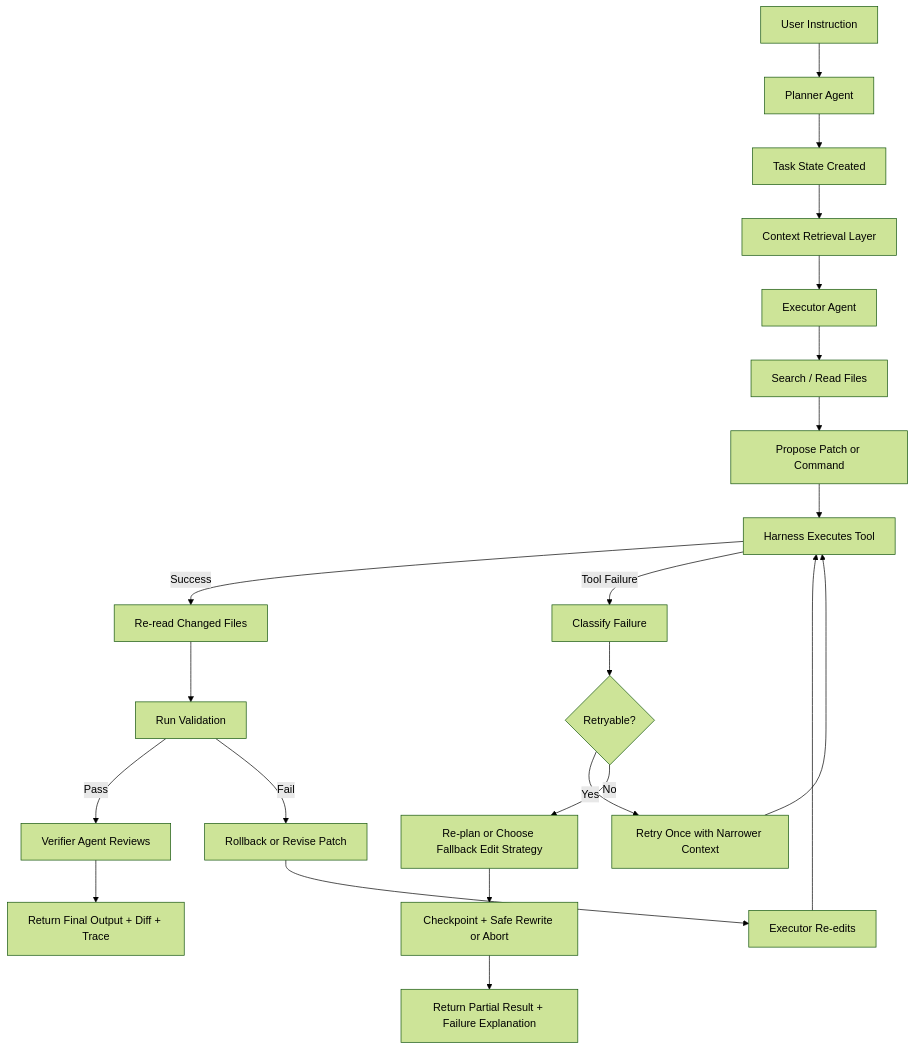
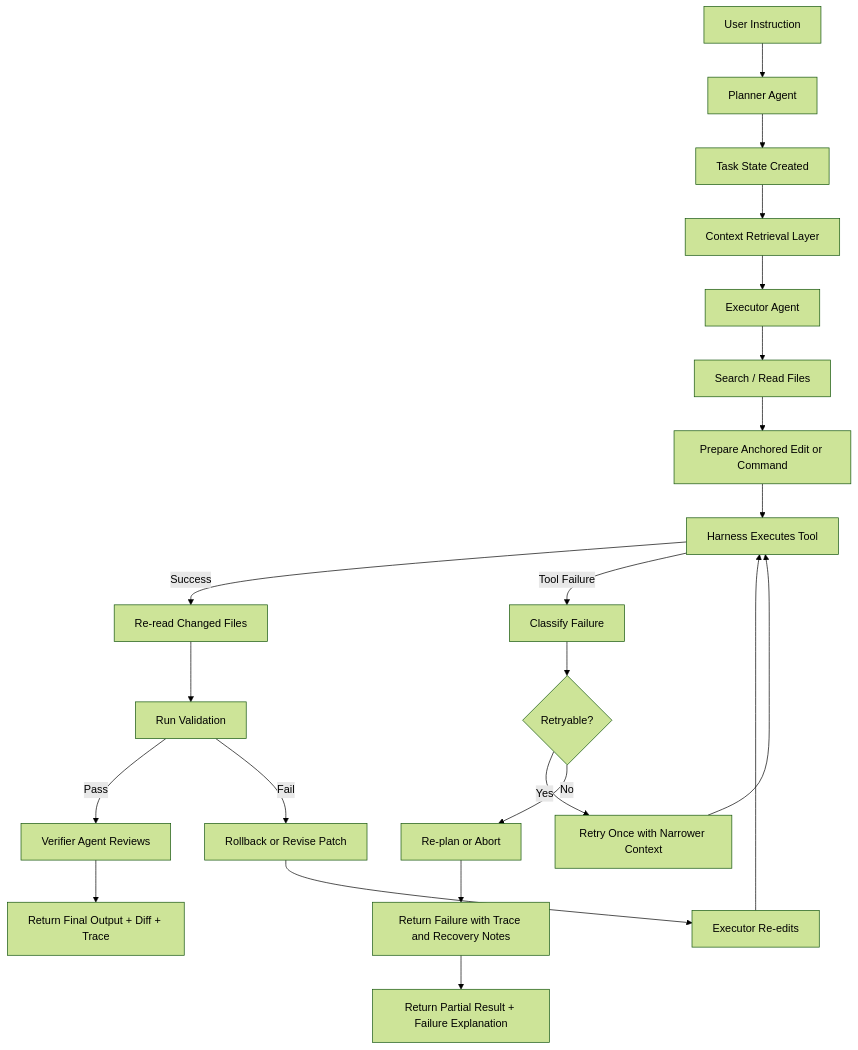
Before and after one commit to StefanoCaruso456/ShipYard: the diagram in PRESEARCH.md, drawn with Mermaid (forest theme). The commit also changed other lines of this file and 10 other files, not shown here.

````diff
--- a/PRESEARCH.md
+++ b/PRESEARCH.md
@@ -106,24 +108,24 @@
 ```mermaid
 flowchart TD
     A["User Instruction"] --> B["Planner Agent"]
     B --> C["Task State Created"]
     C --> D["Context Retrieval Layer"]
     D --> E["Executor Agent"]
     E --> F["Search / Read Files"]
-    F --> G["Propose Patch or Command"]
+    F --> G["Prepare Anchored Edit or Command"]
     G --> H["Harness Executes Tool"]
     H -->|"Success"| I["Re-read Changed Files"]
     I --> J["Run Validation"]
     J -->|"Pass"| K["Verifier Agent Reviews"]
     K --> L["Return Final Output + Diff + Trace"]
     H -->|"Tool Failure"| M["Classify Failure"]
     M --> N{"Retryable?"}
     N -->|"Yes"| O["Retry Once with Narrower Context"]
     O --> H
-    N -->|"No"| P["Re-plan or Choose Fallback Edit Strategy"]
-    P --> Q["Checkpoint + Safe Rewrite or Abort"]
+    N -->|"No"| P["Re-plan or Abort"]
+    P --> Q["Return Failure with Trace and Recovery Notes"]
     Q --> R["Return Partial Result + Failure Explanation"]
     J -->|"Fail"| S["Rollback or Revise Patch"]
     S --> T["Executor Re-edits"]
     T --> H
 ```
````
